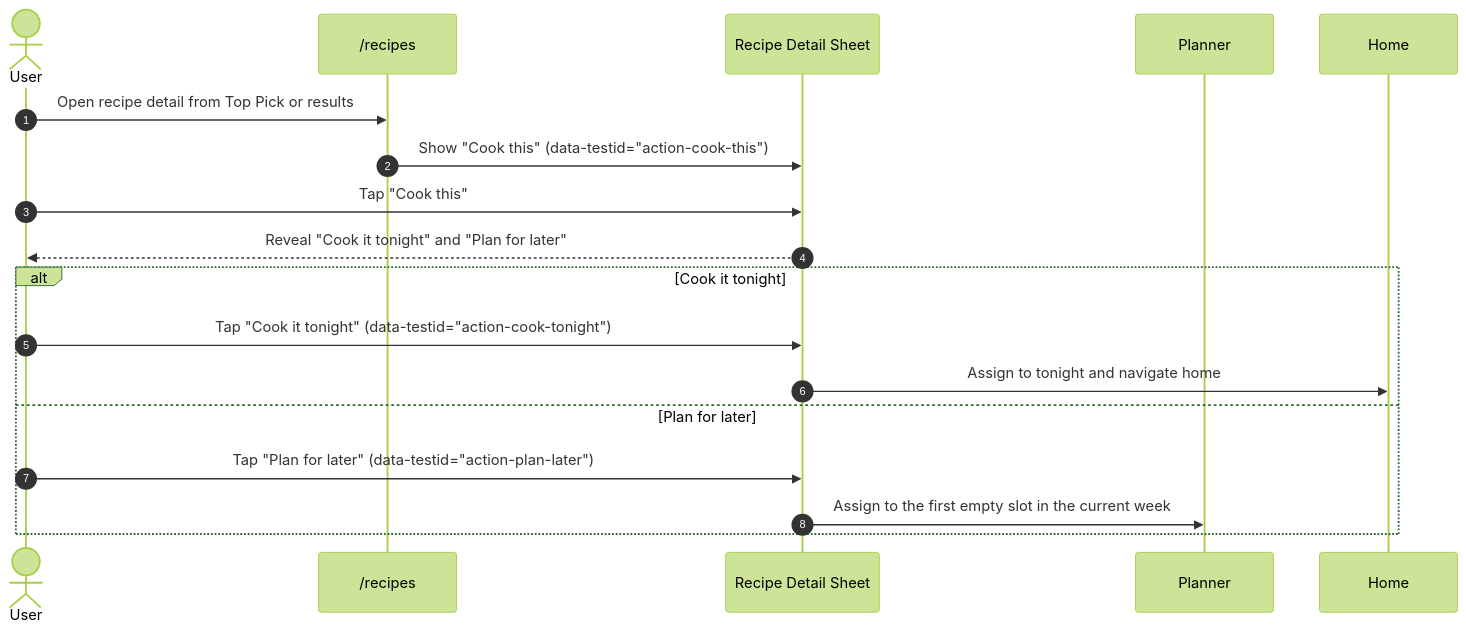
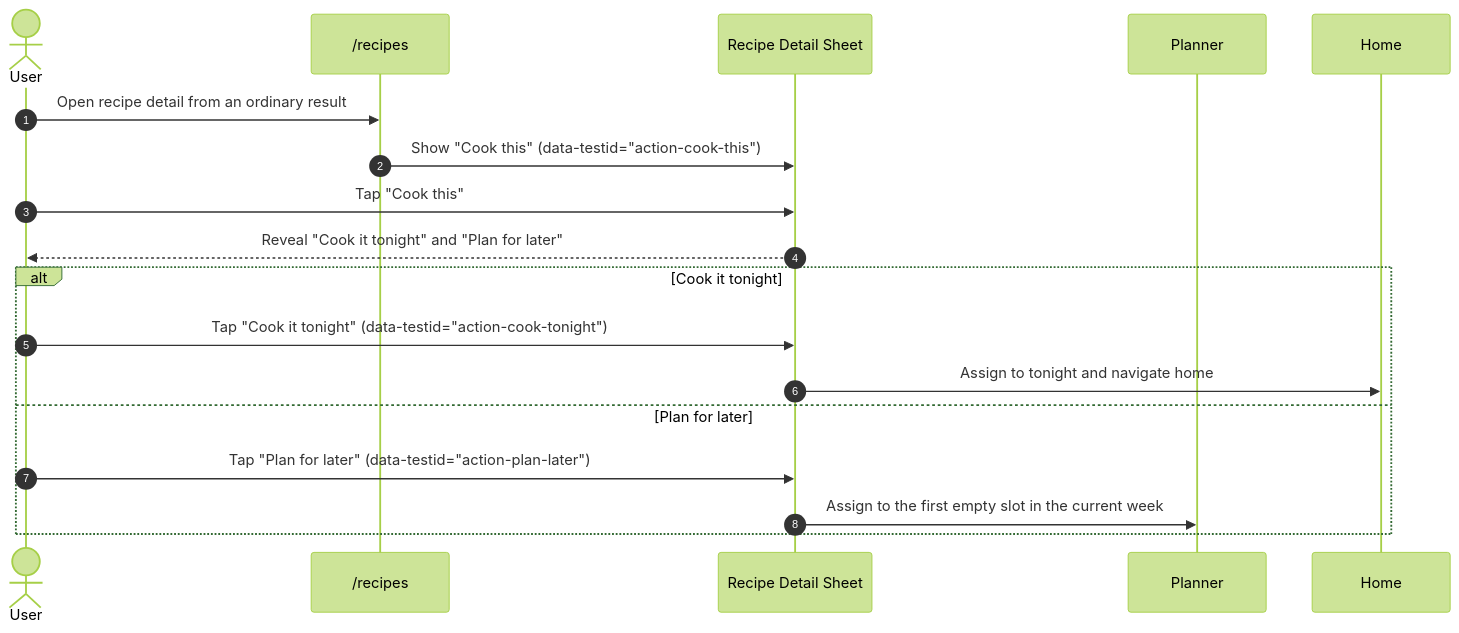
The third of 6 diagrams in docs/flows/user-flows/recipe-search-and-library-recovery.md (AlexandreBrisebois/whats-for-supper), drawn with Mermaid (forest theme) before and after one commit. The commit also changed other lines of this file and 138 other files, not shown here.

Commit message:
feat: unify recipe browsing and search with refined planning flows

````diff
--- a/docs/flows/user-flows/recipe-search-and-library-recovery.md
+++ b/docs/flows/user-flows/recipe-search-and-library-recovery.md
@@ -158,21 +164,21 @@
 ```mermaid
 sequenceDiagram
     autonumber
     actor User
     participant Search as /recipes
     participant Detail as Recipe Detail Sheet
     participant Planner
     participant Home
 
-    User->>Search: Open recipe detail from Top Pick or results
+    User->>Search: Open recipe detail from an ordinary result
     Search->>Detail: Show "Cook this" (data-testid="action-cook-this")
     User->>Detail: Tap "Cook this"
     Detail-->>User: Reveal "Cook it tonight" and "Plan for later"
     alt Cook it tonight
         User->>Detail: Tap "Cook it tonight" (data-testid="action-cook-tonight")
         Detail->>Home: Assign to tonight and navigate home
     else Plan for later
         User->>Detail: Tap "Plan for later" (data-testid="action-plan-later")
         Detail->>Planner: Assign to the first empty slot in the current week
     end
 ```
````
